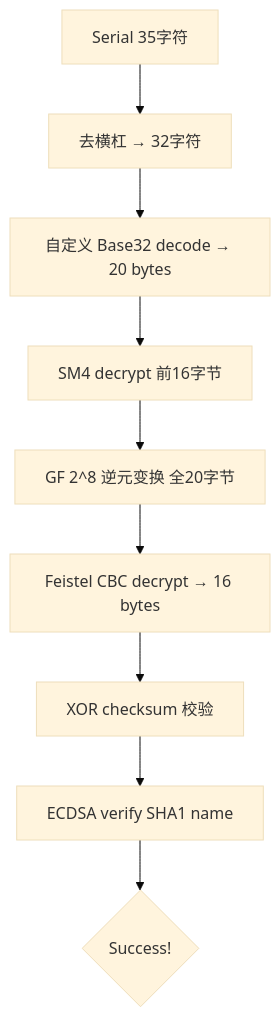
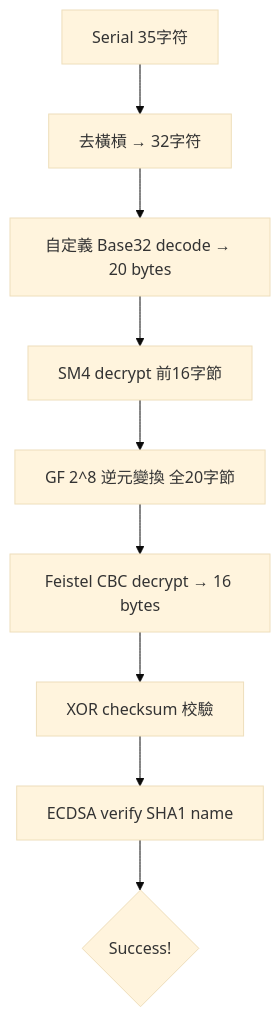
One commit to rongkao/ctf-writeups changed the diagram in docs/KCTF2026-08-TencentPediyKeygenMe-writeup.md. Above: the diagram before and after it, drawn with Mermaid (base theme). The commit also changed other lines of this file and 21 other files, not shown here.

````diff
--- a/docs/KCTF2026-08-TencentPediyKeygenMe-writeup.md
+++ b/docs/KCTF2026-08-TencentPediyKeygenMe-writeup.md
@@ -199,11 +199,11 @@
 ```mermaid
 flowchart TD
-    A[Serial 35字符] --> B[去横杠 → 32字符]
-    B --> C[自定义 Base32 decode → 20 bytes]
-    C --> D[SM4 decrypt 前16字节]
-    D --> E[GF 2^8 逆元变换 全20字节]
+    A[Serial 35字符] --> B[去橫槓 → 32字符]
+    B --> C[自定義 Base32 decode → 20 bytes]
+    C --> D[SM4 decrypt 前16字節]
+    D --> E[GF 2^8 逆元變換 全20字節]
     E --> F[Feistel CBC decrypt → 16 bytes]
-    F --> G[XOR checksum 校验]
+    F --> G[XOR checksum 校驗]
     G --> H[ECDSA verify SHA1 name]
     H --> I{Success!}
 ```
````
